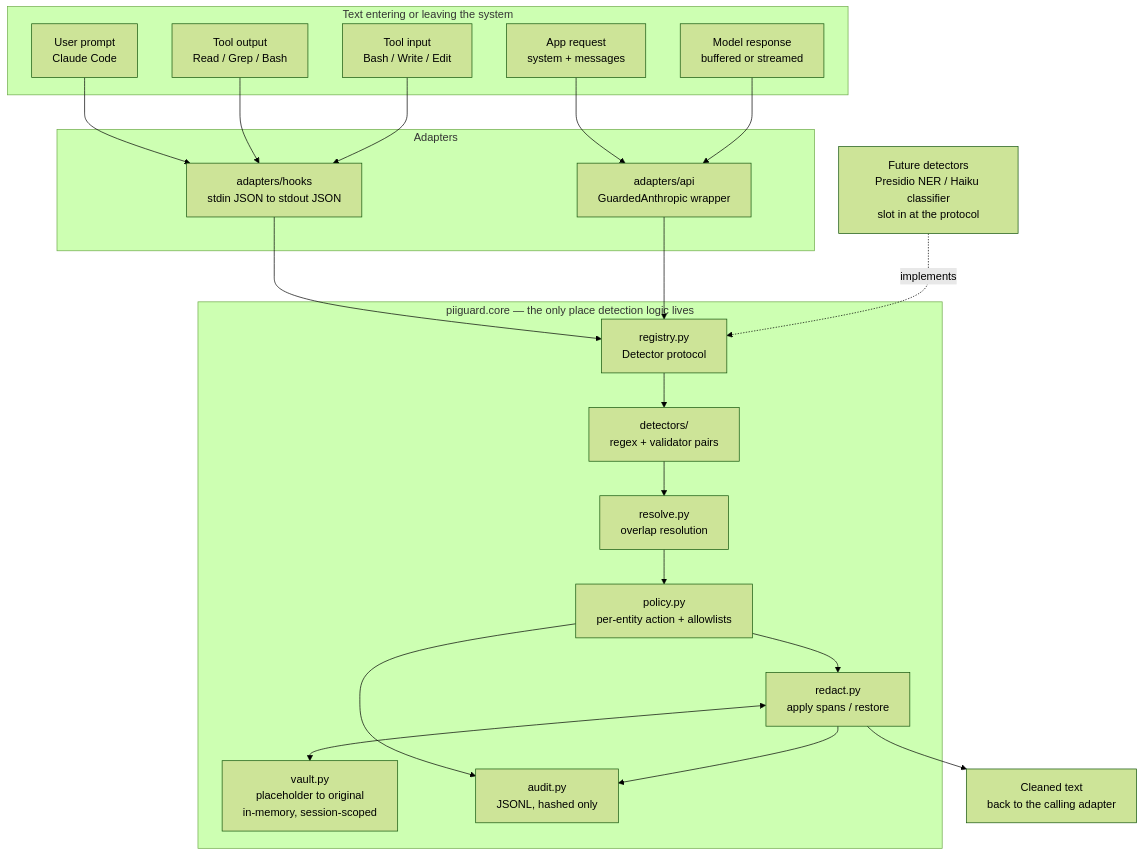
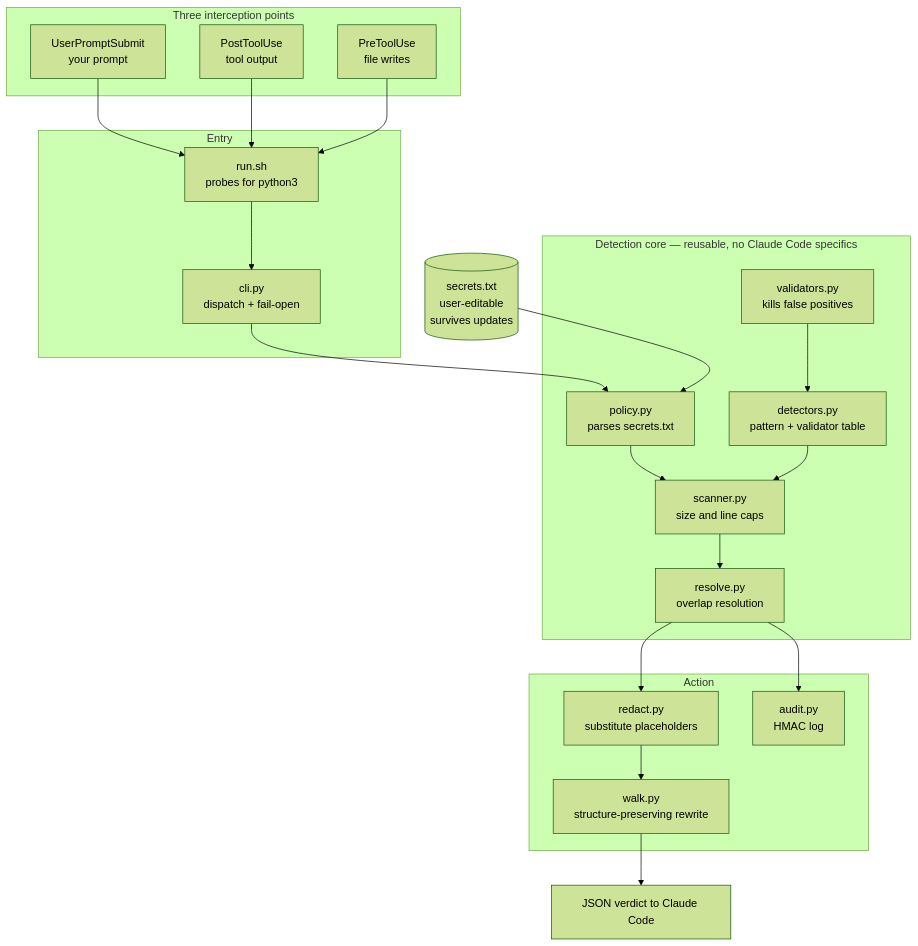
One commit to swinalkm/PIIGuardrail changed the second of 13 diagrams in docs/WORKFLOW.md. Above: the diagram before and after it, drawn with Mermaid (forest theme). The commit also changed other lines of this file and 11 other files, not shown here.

````diff
--- a/docs/WORKFLOW.md
+++ b/docs/WORKFLOW.md
@@ -15,46 +51,44 @@
 ```mermaid
 flowchart TB
-    subgraph SRC["Text entering or leaving the system"]
-        S1["User prompt<br/>Claude Code"]
-        S2["Tool output<br/>Read / Grep / Bash"]
-        S3["Tool input<br/>Bash / Write / Edit"]
-        S4["App request<br/>system + messages"]
-        S5["Model response<br/>buffered or streamed"]
+    SF[("secrets.txt<br/>user-editable<br/>survives updates")]
+
+    subgraph EVENTS["Three interception points"]
+        E1["UserPromptSubmit<br/>your prompt"]
+        E2["PostToolUse<br/>tool output"]
+        E3["PreToolUse<br/>file writes"]
     end
 
-    subgraph ADPT["Adapters"]
-        HOOK["adapters/hooks<br/>stdin JSON to stdout JSON"]
-        MID["adapters/api<br/>GuardedAnthropic wrapper"]
+    subgraph ENTRY["Entry"]
+        RUN["run.sh<br/>probes for python3"]
+        CLI["cli.py<br/>dispatch + fail-open"]
     end
 
-    subgraph CORE["piiguard.core — the only place detection logic lives"]
-        REG["registry.py<br/>Detector protocol"]
-        DET["detectors/<br/>regex + validator pairs"]
+    subgraph CORE["Detection core — reusable, no Claude Code specifics"]
+        POL["policy.py<br/>parses secrets.txt"]
+        DET["detectors.py<br/>pattern + validator table"]
+        VAL["validators.py<br/>kills false positives"]
+        SCN["scanner.py<br/>size and line caps"]
         RES["resolve.py<br/>overlap resolution"]
-        POL["policy.py<br/>per-entity action + allowlists"]
-        RDC["redact.py<br/>apply spans / restore"]
-        VLT["vault.py<br/>placeholder to original<br/>in-memory, session-scoped"]
-        AUD["audit.py<br/>JSONL, hashed only"]
     end
 
-    FUT["Future detectors<br/>Presidio NER / Haiku classifier<br/>slot in at the protocol"]
+    subgraph ACT["Action"]
+        RDC["redact.py<br/>substitute placeholders"]
+        WLK["walk.py<br/>structure-preserving rewrite"]
+        AUD["audit.py<br/>HMAC log"]
+    end
 
-    S1 --> HOOK
-    S2 --> HOOK
-    S3 --> HOOK
-    S4 --> MID
-    S5 --> MID
-
-    HOOK --> REG
-    MID --> REG
-    REG --> DET
-    DET --> RES
-    RES --> POL
-    POL --> RDC
-    RDC <--> VLT
-    POL --> AUD
-    RDC --> AUD
-    FUT -.implements.-> REG
-
-    RDC --> OUT["Cleaned text<br/>back to the calling adapter"]
+    E1 --> RUN
+    E2 --> RUN
+    E3 --> RUN
+    RUN --> CLI
+    CLI --> POL
+    SF --> POL
+    POL --> SCN
+    DET --> SCN
+    VAL --> DET
+    SCN --> RES
+    RES --> RDC
+    RDC --> WLK
+    RES --> AUD
+    WLK --> OUT["JSON verdict to Claude Code"]
 ```
````
